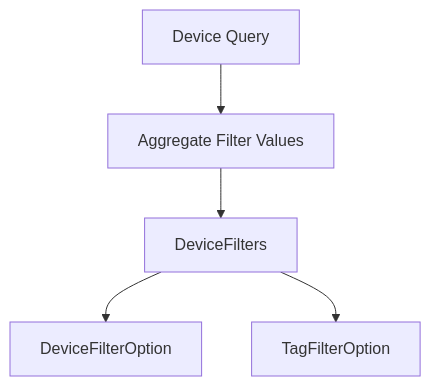
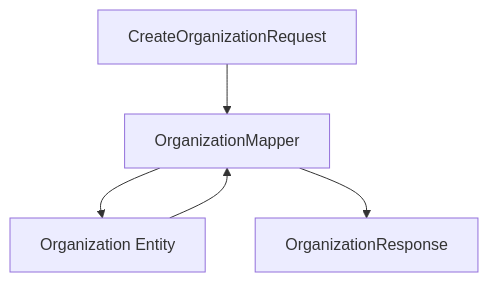
Before and after one commit to flamingo-stack/openframe-oss-lib: the sixth of 10 diagrams in docs/reference/architecture/api-lib-contracts/api-lib-contracts.md, drawn with Mermaid. The commit also changed other lines of this file and 172 other files, not shown here.

````diff
--- a/docs/reference/architecture/api-lib-contracts/api-lib-contracts.md
+++ b/docs/reference/architecture/api-lib-contracts/api-lib-contracts.md
@@ -189,7 +253,7 @@
 ```mermaid
 flowchart TD
-    DeviceQuery["Device Query"] --> Aggregation["Aggregate Filter Values"]
-    Aggregation --> DeviceFilters
-    DeviceFilters --> DeviceFilterOption
-    DeviceFilters --> TagFilterOption
+    CreateReq["CreateOrganizationRequest"] --> Mapper["OrganizationMapper"]
+    Mapper --> Entity["Organization Entity"]
+    Entity --> Mapper
+    Mapper --> Response["OrganizationResponse"]
 ```
````
